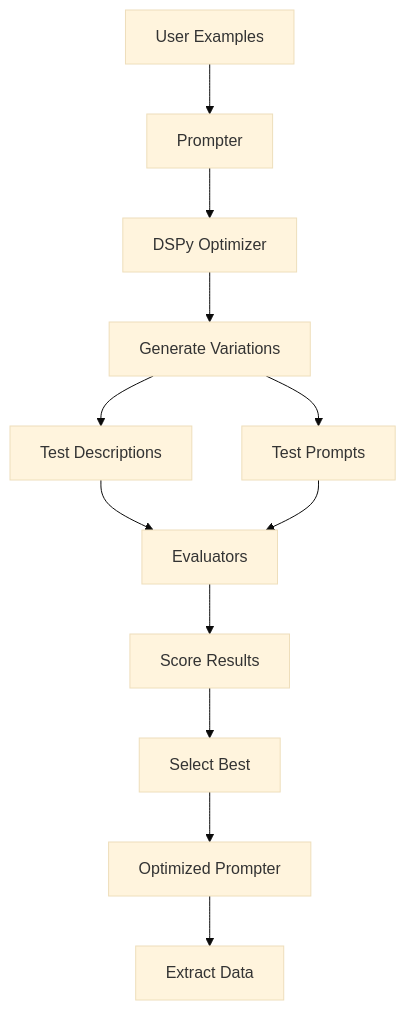
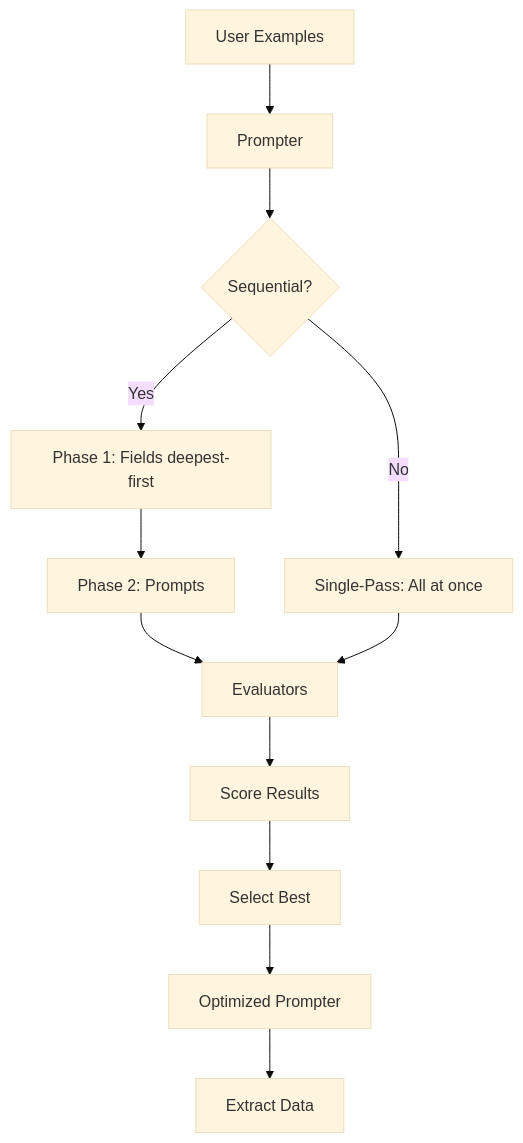
Before and after one commit to davidberenstein1957/dspydantic: the diagram in docs/concepts/optimization.md, drawn with Mermaid (base theme). The commit also changed other lines of this file and 10 other files, not shown here.

````diff
--- a/docs/concepts/optimization.md
+++ b/docs/concepts/optimization.md
@@ -16,14 +23,14 @@
 ```mermaid
 flowchart TD
     A[User Examples] --> B[Prompter]
-    B --> C[DSPy Optimizer]
-    C --> D[Generate Variations]
-    D --> E[Test Descriptions]
-    D --> F[Test Prompts]
+    B --> C{Sequential?}
+    C -->|Yes| D[Phase 1: Fields deepest-first]
+    D --> E[Phase 2: Prompts]
+    C -->|No| F[Single-Pass: All at once]
     E --> G[Evaluators]
     F --> G
     G --> H[Score Results]
     H --> I[Select Best]
     I --> J[Optimized Prompter]
     J --> K[Extract Data]
 ```
````
